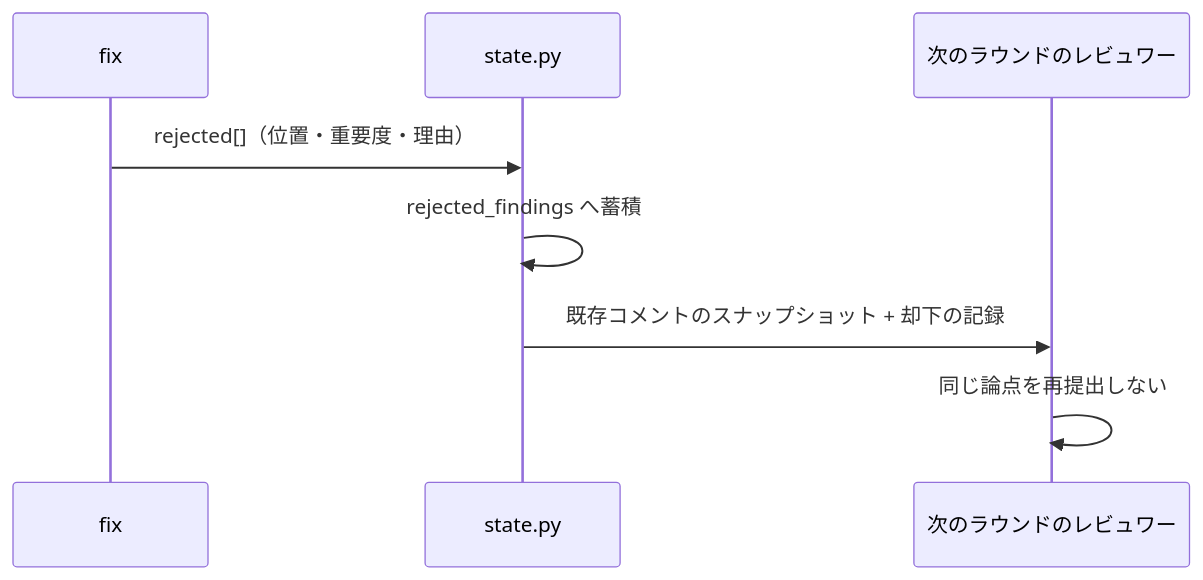
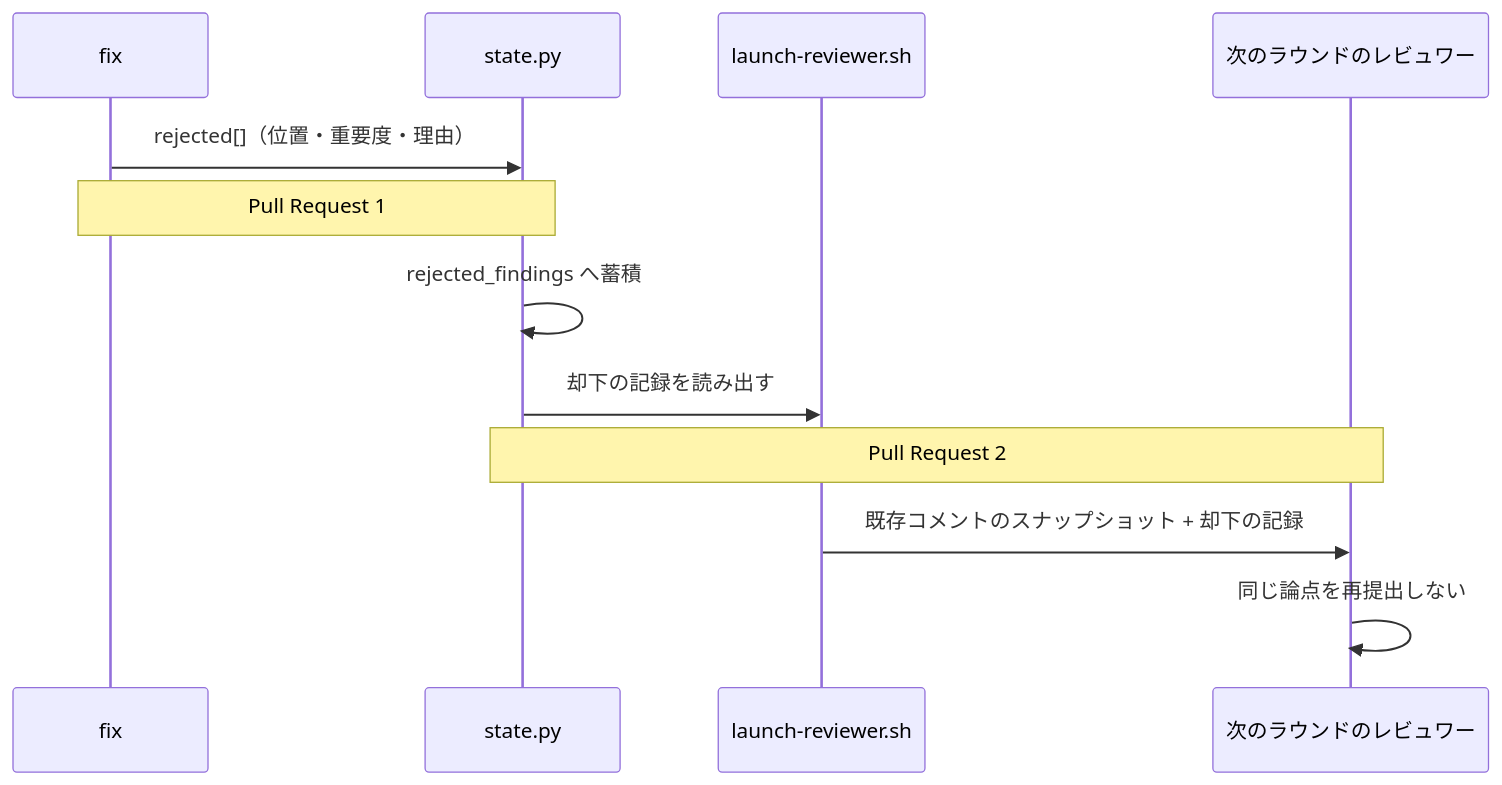
One commit to devbasex/ai-plugins changed the second of 3 diagrams in issues/issue-156-design.md. Above: the diagram before and after it, drawn with Mermaid. The commit also changed other lines of this file and 1 other file, not shown here.

First line of the commit message:
Fix: 設計文書の行番号・図・責務境界の食い違いを直す（#156）

````diff
--- a/issues/issue-156-design.md
+++ b/issues/issue-156-design.md
@@ -148,10 +185,14 @@
 ```mermaid
 sequenceDiagram
     participant F as fix
     participant S as state.py
+    participant L as launch-reviewer.sh
     participant R as 次のラウンドのレビュワー
     F->>S: rejected[]（位置・重要度・理由）
+    Note over F,S: Pull Request 1
     S->>S: rejected_findings へ蓄積
-    S->>R: 既存コメントのスナップショット + 却下の記録
+    S->>L: 却下の記録を読み出す
+    Note over S,R: Pull Request 2
+    L->>R: 既存コメントのスナップショット + 却下の記録
     R->>R: 同じ論点を再提出しない
 ```
````
